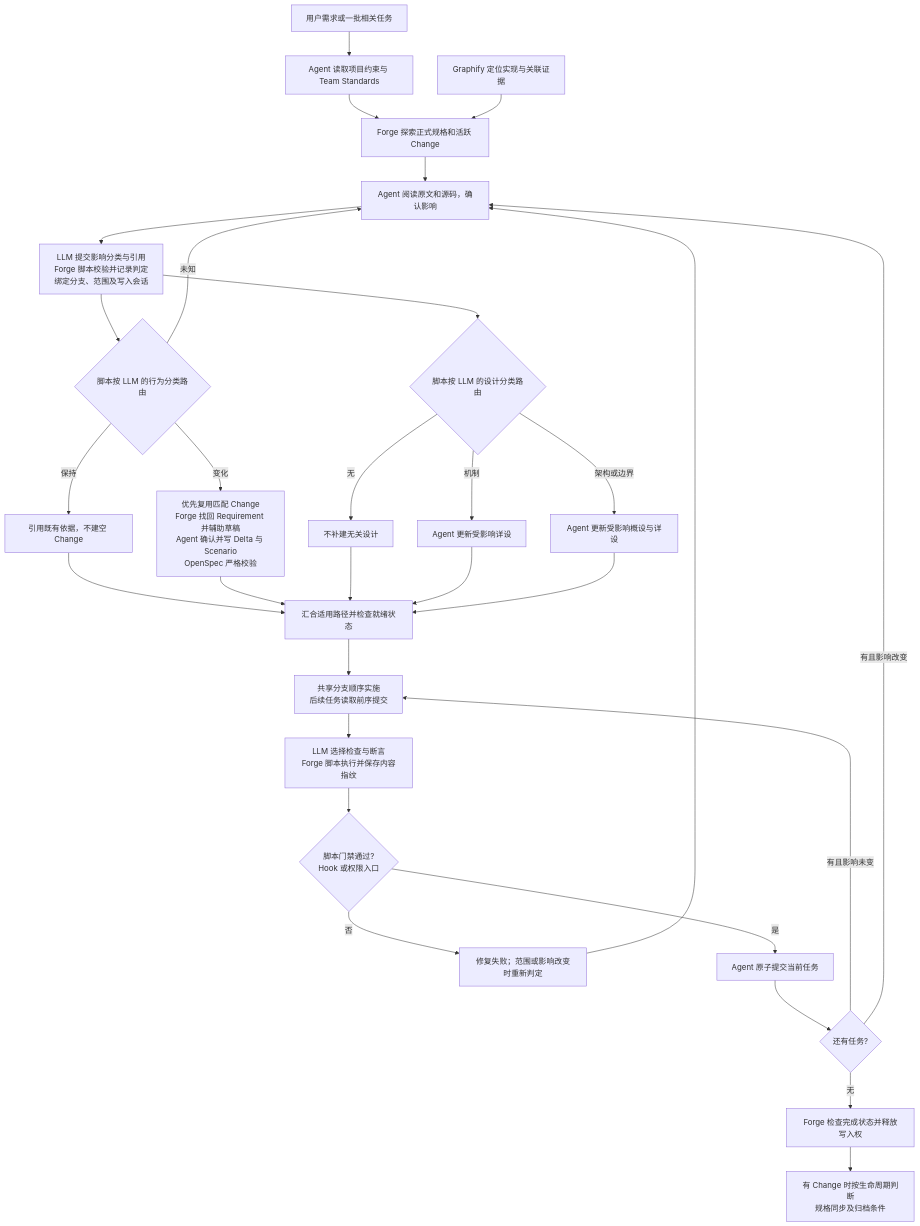
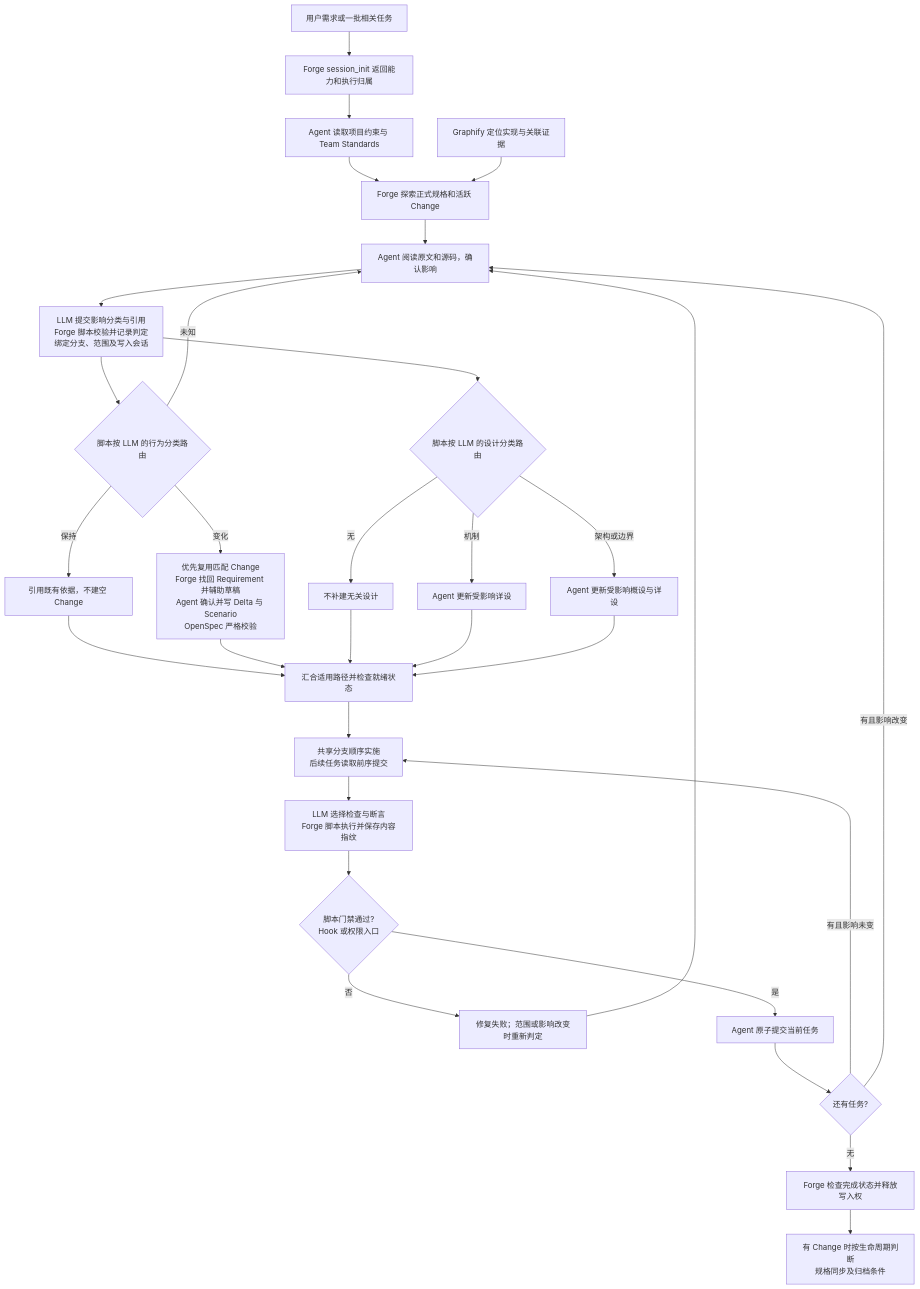
Before and after one commit to exception-coder/kai-toolbox: the second of 5 diagrams in docs/ai-coding-architecture.md, drawn with Mermaid. The commit also changed other lines of this file and 26 other files, not shown here.

````diff
--- a/docs/ai-coding-architecture.md
+++ b/docs/ai-coding-architecture.md
@@ -65,32 +108,33 @@
 ```mermaid
 flowchart TD
-    REQUEST["用户需求或一批相关任务"] --> READ["Agent 读取项目约束与 Team Standards"]
+    REQUEST["用户需求或一批相关任务"] --> SESSION["Forge session_init 返回能力和执行归属"]
+    SESSION --> READ["Agent 读取项目约束与 Team Standards"]
     READ --> DISCOVER["Forge 探索正式规格和活跃 Change"]
     GRAPHIFY["Graphify 定位实现与关联证据"] --> DISCOVER
     DISCOVER --> REVIEW["Agent 阅读原文和源码，确认影响"]
     REVIEW --> ASSESS["LLM 提交影响分类与引用<br/>Forge 脚本校验并记录判定<br/>绑定分支、范围及写入会话"]
     ASSESS --> SPEC_ROUTE{"脚本按 LLM 的行为分类路由"}
     SPEC_ROUTE -->|"未知"| REVIEW
     SPEC_ROUTE -->|"保持"| NO_DELTA["引用既有依据，不建空 Change"]
     SPEC_ROUTE -->|"变化"| DELTA["优先复用匹配 Change<br/>Forge 找回 Requirement 并辅助草稿<br/>Agent 确认并写 Delta 与 Scenario<br/>OpenSpec 严格校验"]
     ASSESS --> DESIGN_ROUTE{"脚本按 LLM 的设计分类路由"}
     DESIGN_ROUTE -->|"无"| NO_DESIGN["不补建无关设计"]
     DESIGN_ROUTE -->|"机制"| DETAIL["Agent 更新受影响详设"]
     DESIGN_ROUTE -->|"架构或边界"| BOTH["Agent 更新受影响概设与详设"]
     NO_DELTA --> READY["汇合适用路径并检查就绪状态"]
     DELTA --> READY
     NO_DESIGN --> READY
     DETAIL --> READY
     BOTH --> READY
     READY --> IMPLEMENT["共享分支顺序实施<br/>后续任务读取前序提交"]
     IMPLEMENT --> VERIFY["LLM 选择检查与断言<br/>Forge 脚本执行并保存内容指纹"]
     VERIFY --> GATE{"脚本门禁通过?<br/>Hook 或权限入口"}
     GATE -->|"否"| REPAIR["修复失败；范围或影响改变时重新判定"]
     REPAIR --> REVIEW
     GATE -->|"是"| COMMIT["Agent 原子提交当前任务"]
     COMMIT --> MORE{"还有任务?"}
     MORE -->|"有且影响未变"| IMPLEMENT
     MORE -->|"有且影响改变"| REVIEW
     MORE -->|"无"| FINISH["Forge 检查完成状态并释放写入权"]
     FINISH --> ARCHIVE["有 Change 时按生命周期判断<br/>规格同步及归档条件"]
 ```
````
